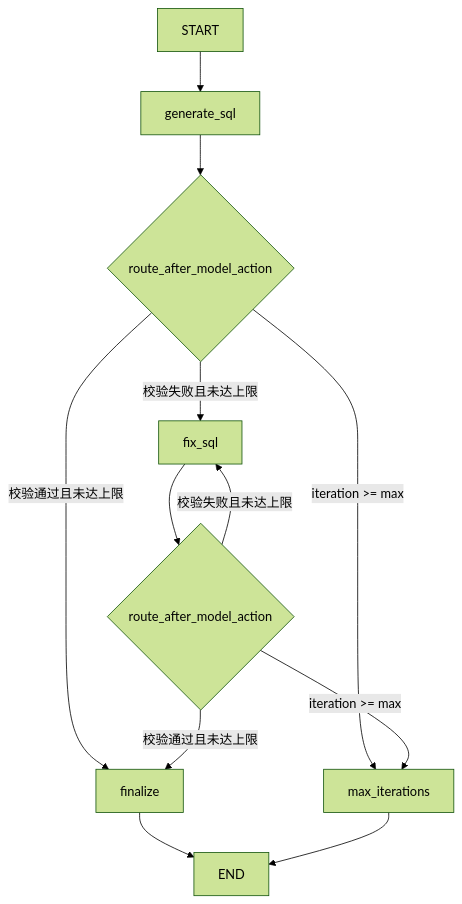
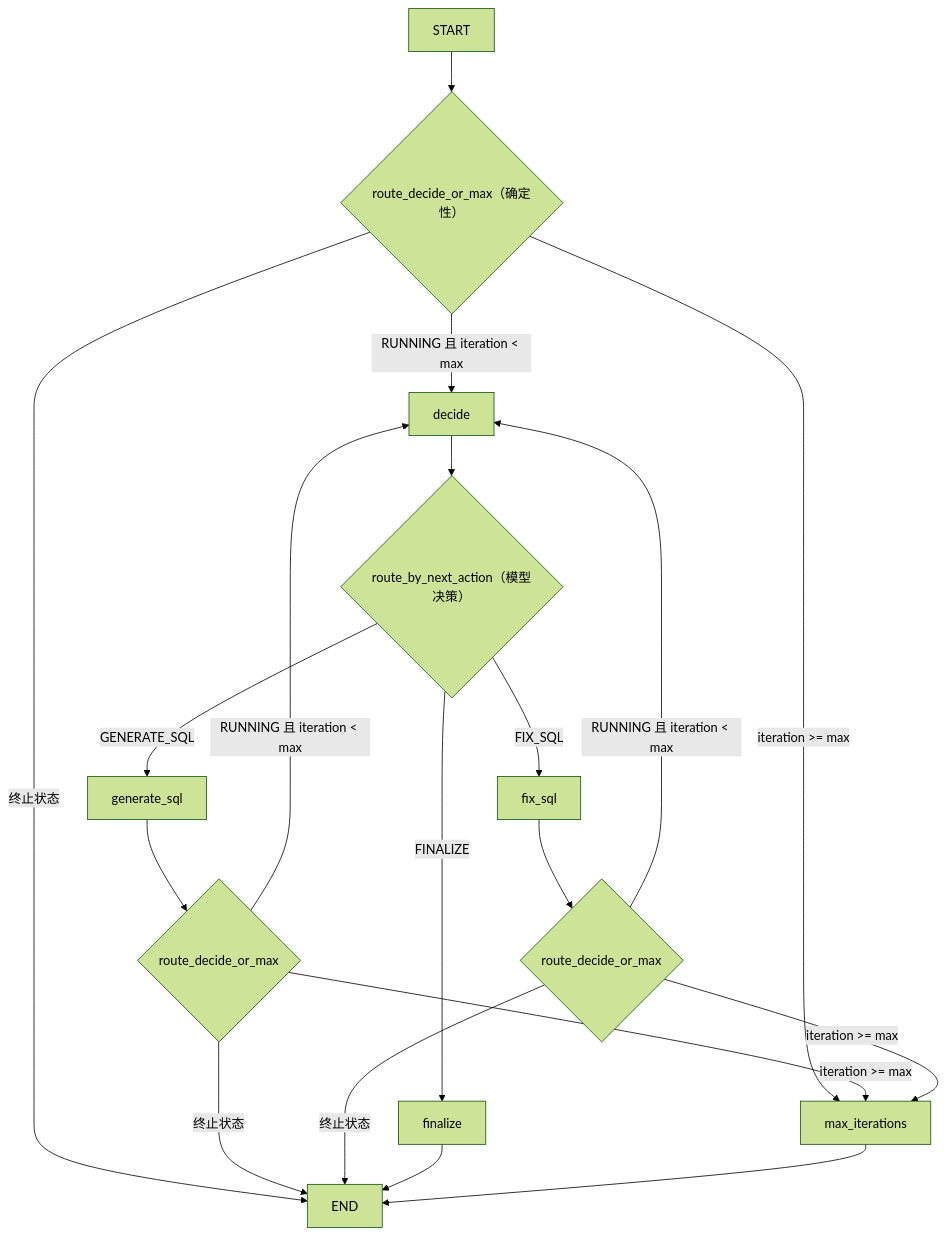
The diagram in examples/basic_langgraph/README.md (AnRun-M/enterprise-ai-agent-handbook), drawn with Mermaid (forest theme) before and after one commit. The commit also changed other lines of this file and 7 other files, not shown here.

````diff
--- a/examples/basic_langgraph/README.md
+++ b/examples/basic_langgraph/README.md
@@ -62,14 +62,21 @@
 ```mermaid
 flowchart TD
-    START --> G["generate_sql"]
-    G --> R1{"route_after_model_action"}
-    R1 -- "校验失败且未达上限" --> F["fix_sql"]
-    R1 -- "校验通过且未达上限" --> FIN["finalize"]
-    R1 -- "iteration >= max" --> MAX["max_iterations"]
-    F --> R2{"route_after_model_action"}
-    R2 -- "校验失败且未达上限" --> F
-    R2 -- "校验通过且未达上限" --> FIN
+    START --> R0{"route_decide_or_max（确定性）"}
+    R0 -- "RUNNING 且 iteration < max" --> D["decide"]
+    R0 -- "iteration >= max" --> MAX["max_iterations"]
+    R0 -- "终止状态" --> END
+    D --> R1{"route_by_next_action（模型决策）"}
+    R1 -- "GENERATE_SQL" --> G["generate_sql"]
+    R1 -- "FIX_SQL" --> F["fix_sql"]
+    R1 -- "FINALIZE" --> FIN["finalize"]
+    G --> R2{"route_decide_or_max"}
+    R2 -- "RUNNING 且 iteration < max" --> D
     R2 -- "iteration >= max" --> MAX
+    R2 -- "终止状态" --> END
+    F --> R3{"route_decide_or_max"}
+    R3 -- "RUNNING 且 iteration < max" --> D
+    R3 -- "iteration >= max" --> MAX
+    R3 -- "终止状态" --> END
     FIN --> END
     MAX --> END
 ```
````
